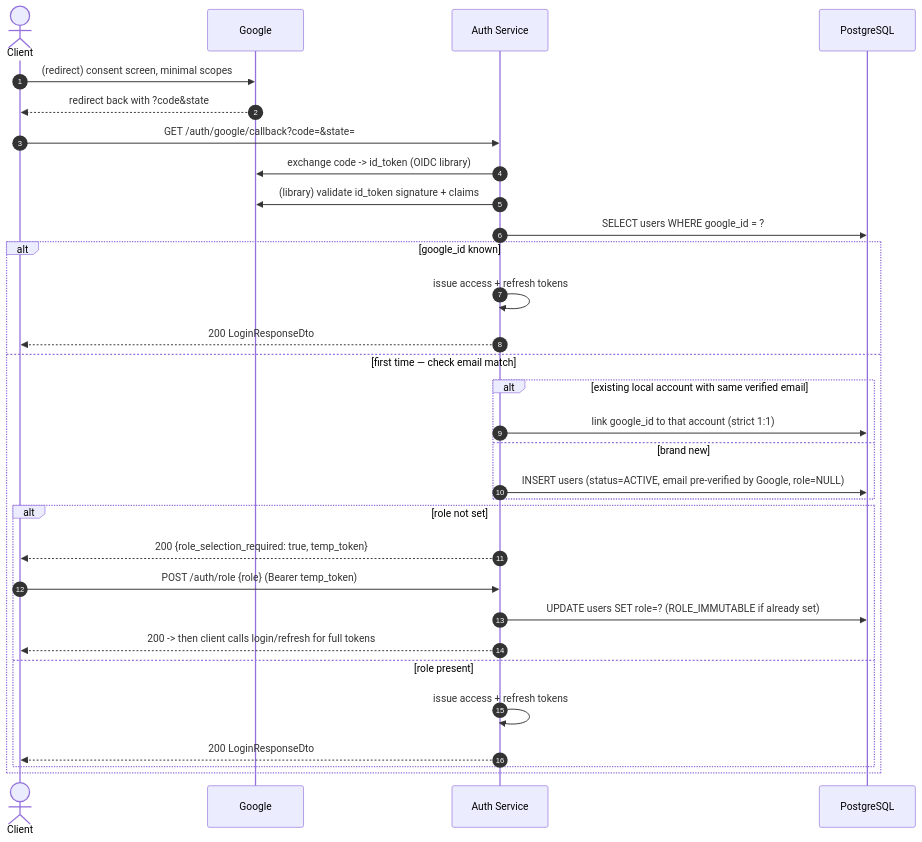
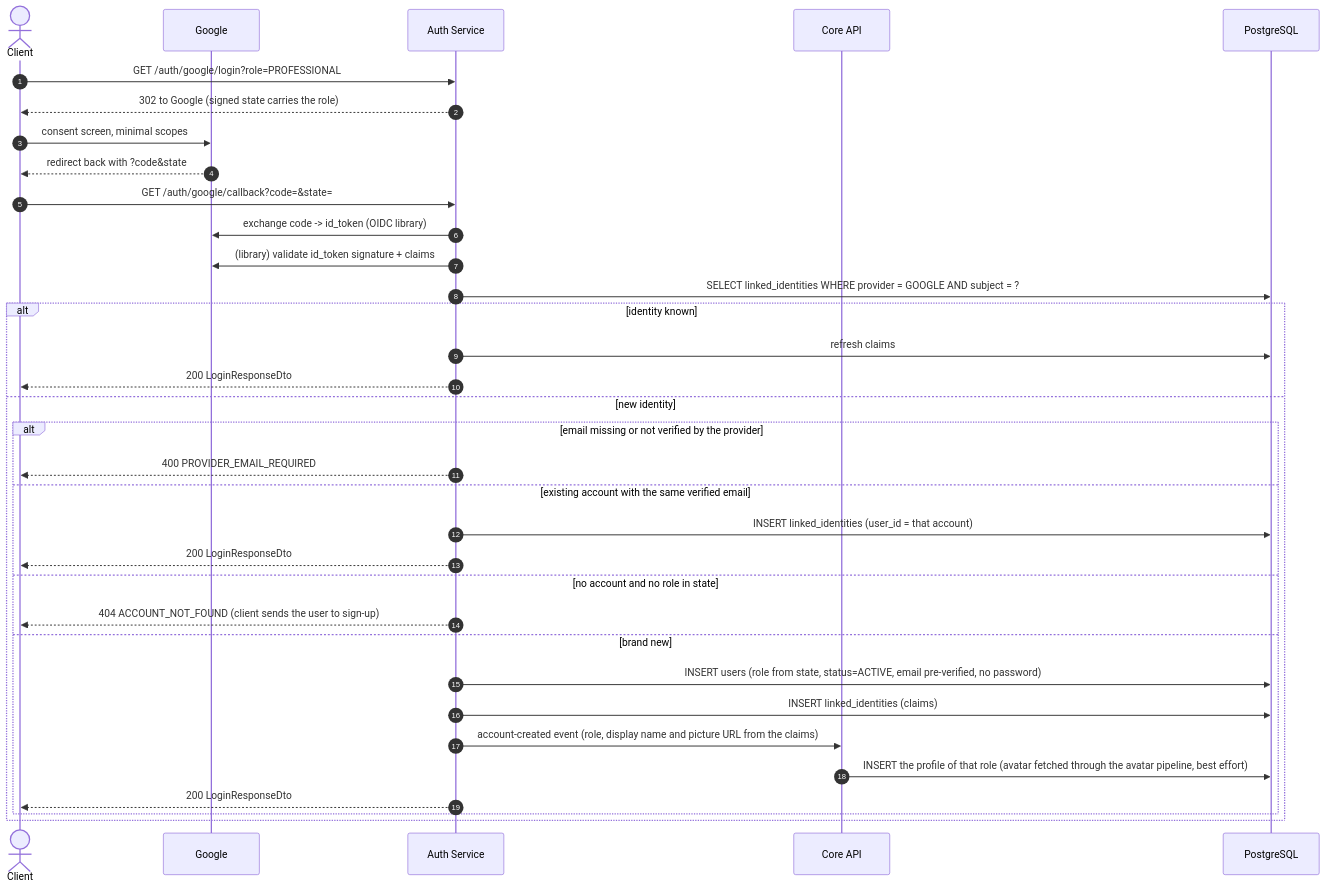
One commit to Iarylkin/proFinder_backend changed the fifth of 14 diagrams in docs/10 - Sequence Diagrams.md. Above: the diagram before and after it, drawn with Mermaid. The commit also changed other lines of this file and 8 other files, not shown here.

Commit message:
docs: keep only authentication in users, move personal data to profiles, add linked identities

````diff
--- a/docs/10 - Sequence Diagrams.md
+++ b/docs/10 - Sequence Diagrams.md
@@ -189,34 +189,37 @@
 ```mermaid
 sequenceDiagram
     autonumber
     actor U as Client
     participant G as Google
     participant Auth as Auth Service
+    participant Core as Core API
     participant PG as PostgreSQL
 
-    U->>G: (redirect) consent screen, minimal scopes
+    U->>Auth: GET /auth/google/login?role=PROFESSIONAL
+    Auth-->>U: 302 to Google (signed state carries the role)
+    U->>G: consent screen, minimal scopes
     G-->>U: redirect back with ?code&state
     U->>Auth: GET /auth/google/callback?code=&state=
     Auth->>G: exchange code -> id_token (OIDC library)
     Auth->>G: (library) validate id_token signature + claims
-    Auth->>PG: SELECT users WHERE google_id = ?
-    alt google_id known
-        Auth->>Auth: issue access + refresh tokens
+    Auth->>PG: SELECT linked_identities WHERE provider = GOOGLE AND subject = ?
+    alt identity known
+        Auth->>PG: refresh claims
         Auth-->>U: 200 LoginResponseDto
-    else first time — check email match
-        alt existing local account with same verified email
-            Auth->>PG: link google_id to that account (strict 1:1)
+    else new identity
+        alt email missing or not verified by the provider
+            Auth-->>U: 400 PROVIDER_EMAIL_REQUIRED
+        else existing account with the same verified email
+            Auth->>PG: INSERT linked_identities (user_id = that account)
+            Auth-->>U: 200 LoginResponseDto
+        else no account and no role in state
+            Auth-->>U: 404 ACCOUNT_NOT_FOUND (client sends the user to sign-up)
         else brand new
-            Auth->>PG: INSERT users (status=ACTIVE, email pre-verified by Google, role=NULL)
-        end
-        alt role not set
-            Auth-->>U: 200 {role_selection_required: true, temp_token}
-            U->>Auth: POST /auth/role {role} (Bearer temp_token)
-            Auth->>PG: UPDATE users SET role=? (ROLE_IMMUTABLE if already set)
-            Auth-->>U: 200 -> then client calls login/refresh for full tokens
-        else role present
-            Auth->>Auth: issue access + refresh tokens
+            Auth->>PG: INSERT users (role from state, status=ACTIVE, email pre-verified, no password)
+            Auth->>PG: INSERT linked_identities (claims)
+            Auth->>Core: account-created event (role, display name and picture URL from the claims)
+            Core->>PG: INSERT the profile of that role (avatar fetched through the avatar pipeline, best effort)
             Auth-->>U: 200 LoginResponseDto
         end
     end
 ```
````
